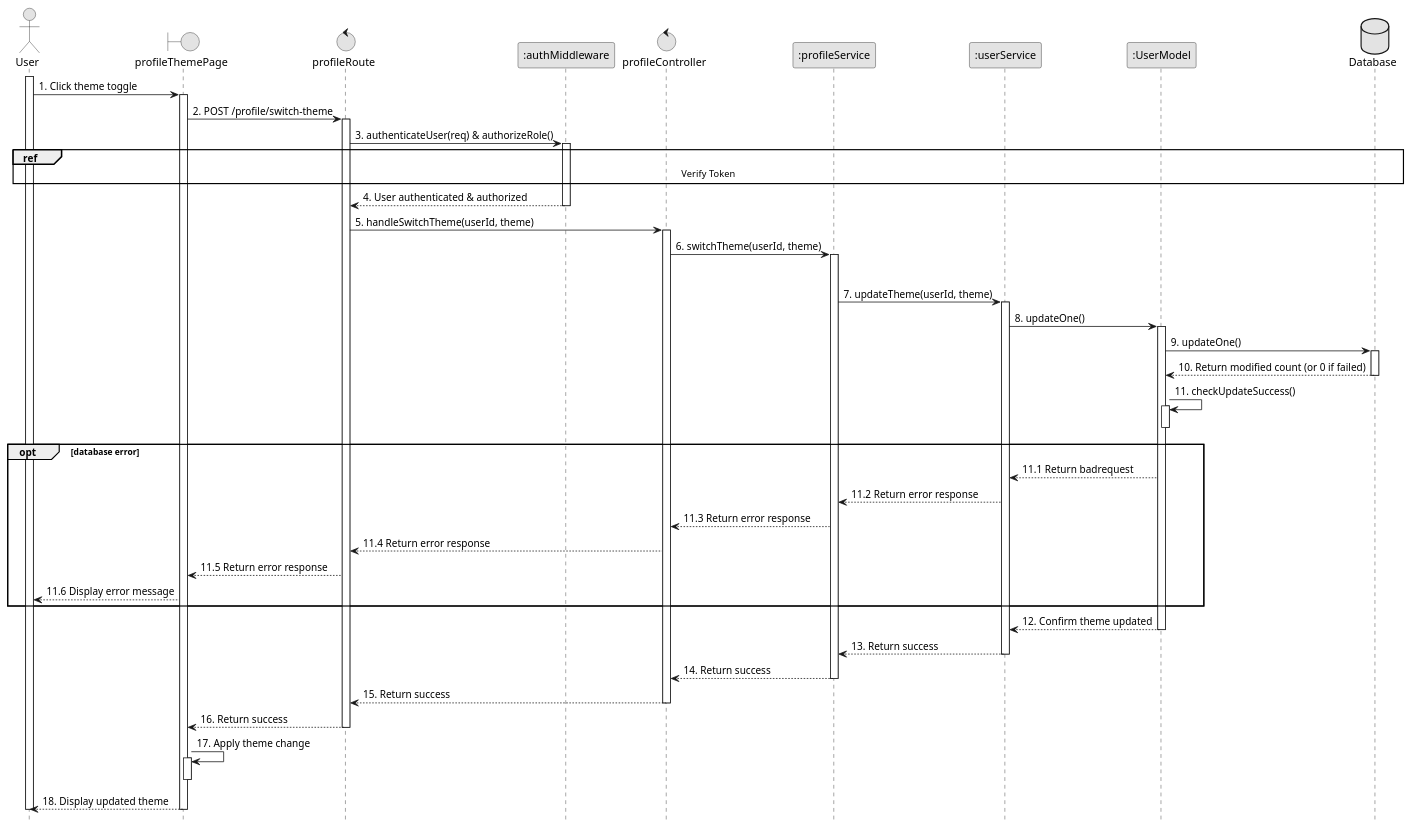
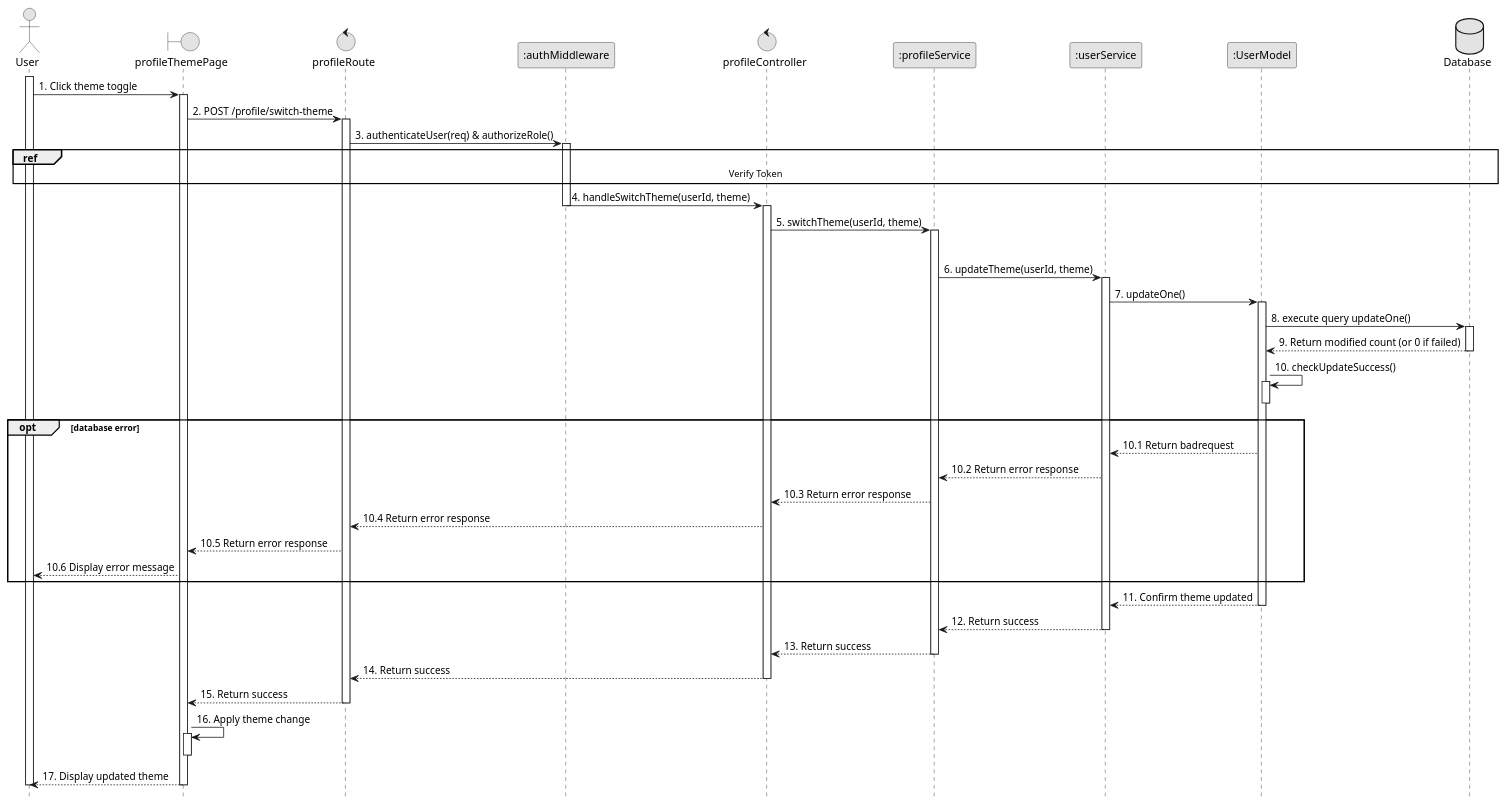
Before and after one commit to VietDurian/VietDurian: the diagram in planuml/web/8_switchTheme.puml, drawn with PlantUML. The commit also changed 22 other files, not shown here.

Commit message:
ViVLT: Edit sequences

```diff
--- a/planuml/web/8_switchTheme.puml
+++ b/planuml/web/8_switchTheme.puml
@@ -1,68 +1,67 @@
 @startuml 8_switchTheme
 skinparam monochrome true
 skinparam shadowing false
 skinparam sequenceArrowThickness 1
 hide footbox
 
 actor User
 boundary profileThemePage as UI
 control profileRoute as Route
 participant ":authMiddleware" as AuthMiddleware
 control profileController as Controller
 participant ":profileService" as ProfileService
 participant ":userService" as UserService
 participant ":UserModel" as UserModel
 database Database as DB
 
 activate User
 User -> UI : 1. Click theme toggle
 activate UI
 UI -> Route : 2. POST /profile/switch-theme 
 activate Route
 Route -> AuthMiddleware : 3. authenticateUser(req) & authorizeRole()
 activate AuthMiddleware
 ref over User, DB: Verify Token
-AuthMiddleware --> Route : 4. User authenticated & authorized
+AuthMiddleware -> Controller : 4. handleSwitchTheme(userId, theme)
 deactivate AuthMiddleware
-Route -> Controller : 5. handleSwitchTheme(userId, theme)
 activate Controller
-Controller -> ProfileService : 6. switchTheme(userId, theme)
+Controller -> ProfileService : 5. switchTheme(userId, theme)
 activate ProfileService
 
 deactivate UserService
-ProfileService -> UserService : 7. updateTheme(userId, theme)
+ProfileService -> UserService : 6. updateTheme(userId, theme)
 activate UserService
-UserService -> UserModel : 8. updateOne()
+UserService -> UserModel : 7. updateOne()
 activate UserModel
-UserModel -> DB : 9. updateOne()
+UserModel -> DB : 8. execute query updateOne()
 activate DB
-DB --> UserModel : 10. Return modified count (or 0 if failed)
+DB --> UserModel : 9. Return modified count (or 0 if failed)
 deactivate DB
-UserModel -> UserModel : 11. checkUpdateSuccess()
+UserModel -> UserModel : 10. checkUpdateSuccess()
 activate UserModel
 deactivate UserModel
 opt database error
-    UserModel --> UserService : 11.1 Return badrequest
-    UserService --> ProfileService : 11.2 Return error response
-    ProfileService --> Controller : 11.3 Return error response
-    Controller --> Route : 11.4 Return error response
-    Route --> UI : 11.5 Return error response
-    UI --> User : 11.6 Display error message
+    UserModel --> UserService : 10.1 Return badrequest
+    UserService --> ProfileService : 10.2 Return error response
+    ProfileService --> Controller : 10.3 Return error response
+    Controller --> Route : 10.4 Return error response
+    Route --> UI : 10.5 Return error response
+    UI --> User : 10.6 Display error message
 end
-UserModel --> UserService : 12. Confirm theme updated
+UserModel --> UserService : 11. Confirm theme updated
 deactivate UserModel
-UserService --> ProfileService : 13. Return success
+UserService --> ProfileService : 12. Return success
 deactivate UserService
-ProfileService --> Controller : 14. Return success
+ProfileService --> Controller : 13. Return success
 deactivate ProfileService
-Controller --> Route : 15. Return success
+Controller --> Route : 14. Return success
 deactivate Controller
-Route --> UI : 16. Return success
+Route --> UI : 15. Return success
 deactivate Route
-UI -> UI : 17. Apply theme change
+UI -> UI : 16. Apply theme change
 activate UI
 deactivate UI
-UI --> User : 18. Display updated theme
+UI --> User : 17. Display updated theme
 deactivate UI
 deactivate User
 @enduml
```
